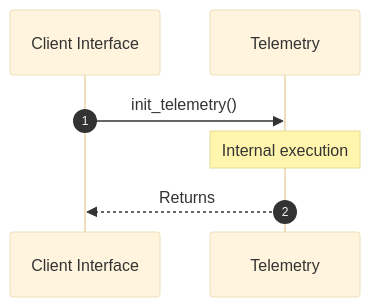
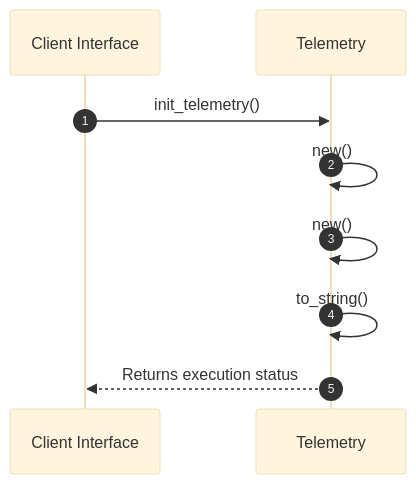
Before and after one commit to lgcorzo/fastapi-autogen-team: the second of 2 diagrams in openwiki/src/infrastructure/telemetry.md, drawn with Mermaid (base theme). The commit also changed other lines of this file and 22 other files, not shown here.

````diff
--- a/openwiki/src/infrastructure/telemetry.md
+++ b/openwiki/src/infrastructure/telemetry.md
@@ -43,9 +43,11 @@
 ```mermaid
 sequenceDiagram
     autonumber
     participant Caller as Client Interface
     participant Svc as Telemetry
     Caller->>Svc: init_telemetry()
-    Note over Svc: Internal execution
-    Svc-->>Caller: Returns
+    Svc->>Svc: new()
+    Svc->>Svc: new()
+    Svc->>Svc: to_string()
+    Svc-->>Caller: Returns execution status
 ```
````
